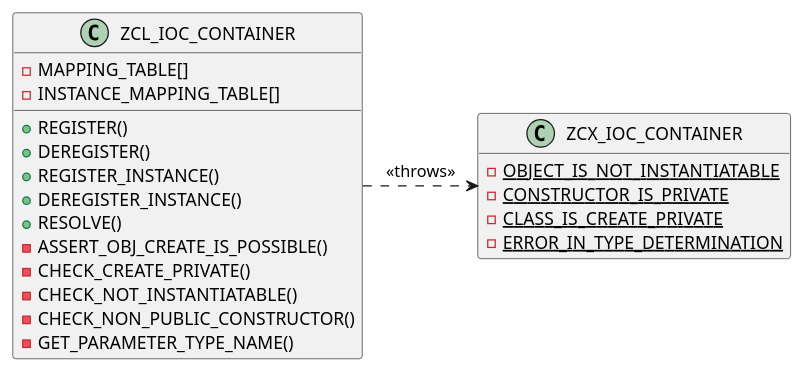
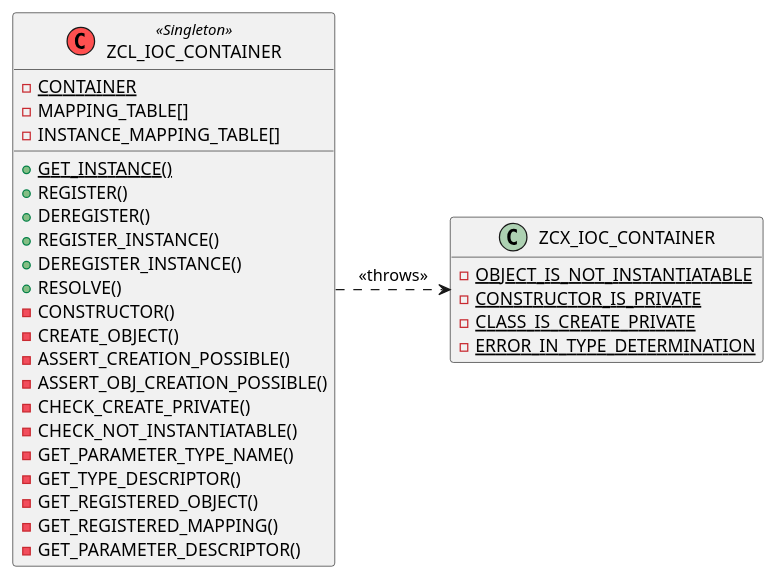
Before and after one commit to bothzoli/ABAP-IoC-Container: the second of 3 diagrams in img/uml.pu, drawn with PlantUML. The commit also changed other lines of this file and 4 other files, not shown here.

Commit message:
Update UML diagrams

```diff
--- a/img/uml.pu
+++ b/img/uml.pu
@@ -1,29 +21,37 @@
-@startuml zcl_ioc_container
+@startuml zcl_ioc_container_detailed
 
 hide empty members
 
-class ZCL_IOC_CONTAINER {
+class ZCL_IOC_CONTAINER << (C,#FF5050) Singleton >> {
+	{static} - CONTAINER
 	- MAPPING_TABLE[]
 	- INSTANCE_MAPPING_TABLE[]
+	{static} + GET_INSTANCE()
 	+ REGISTER()
 	+ DEREGISTER()
 	+ REGISTER_INSTANCE()
 	+ DEREGISTER_INSTANCE()
 	+ RESOLVE()
-	- ASSERT_OBJ_CREATE_IS_POSSIBLE()
+	- CONSTRUCTOR()
+	- CREATE_OBJECT()
+	- ASSERT_CREATION_POSSIBLE()
+	- ASSERT_OBJ_CREATION_POSSIBLE()
 	- CHECK_CREATE_PRIVATE()
 	- CHECK_NOT_INSTANTIATABLE()
-	- CHECK_NON_PUBLIC_CONSTRUCTOR()
 	- GET_PARAMETER_TYPE_NAME()
+	- GET_TYPE_DESCRIPTOR()
+	- GET_REGISTERED_OBJECT()
+	- GET_REGISTERED_MAPPING()
+	- GET_PARAMETER_DESCRIPTOR()
 }
 
 class ZCX_IOC_CONTAINER {
 	{static} - OBJECT_IS_NOT_INSTANTIATABLE
 	{static} - CONSTRUCTOR_IS_PRIVATE
 	{static} - CLASS_IS_CREATE_PRIVATE
 	{static} - ERROR_IN_TYPE_DETERMINATION
 }
 
 ZCL_IOC_CONTAINER .right.> ZCX_IOC_CONTAINER: <<throws>>
 
 @enduml
```
